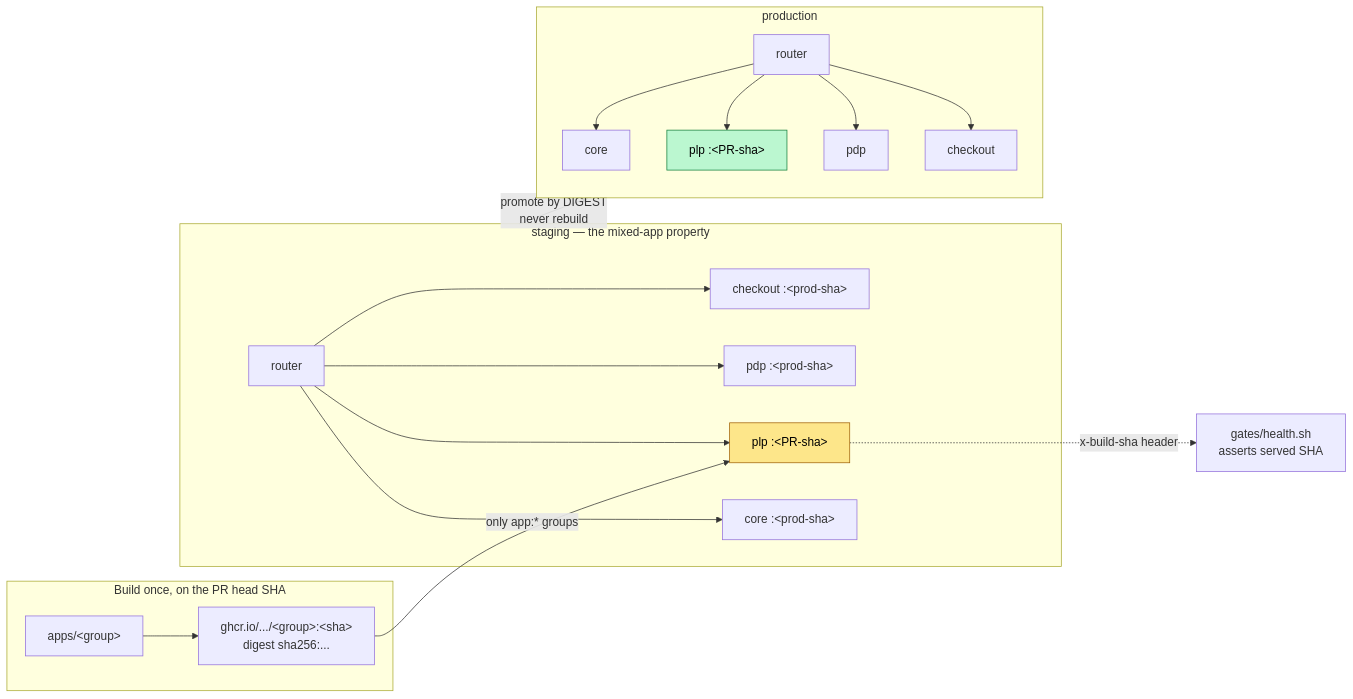
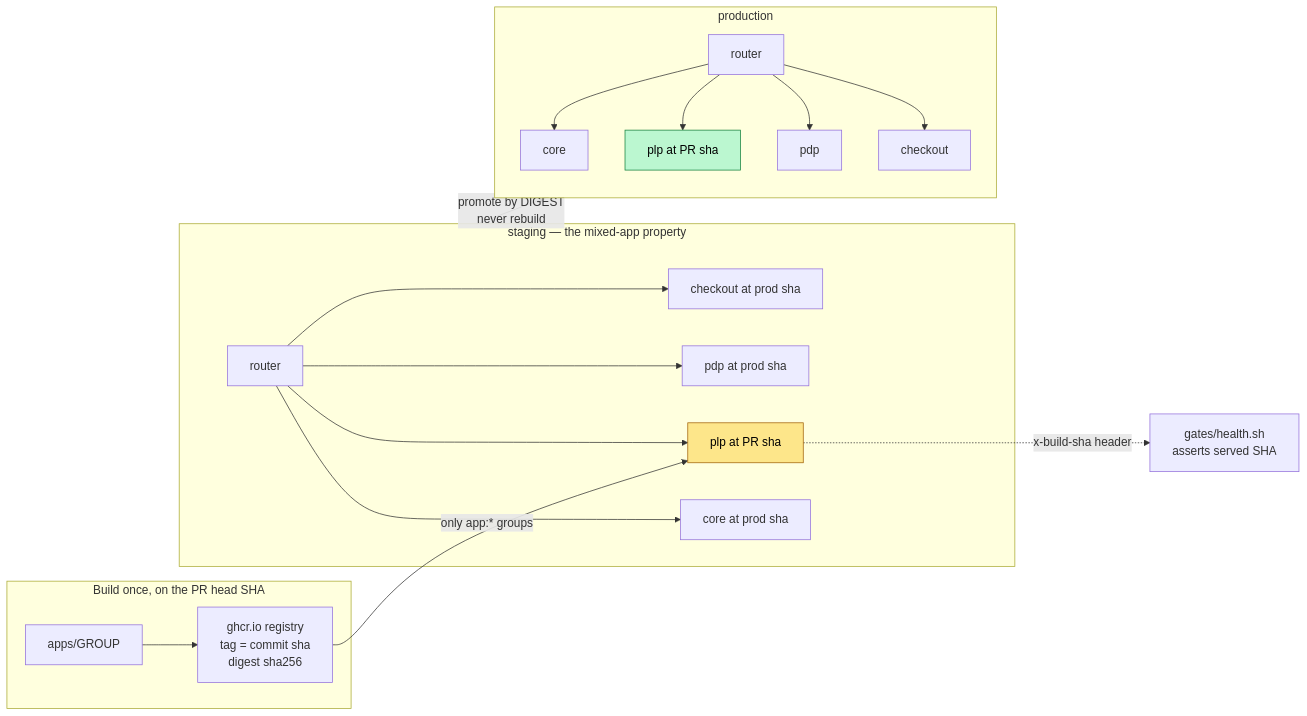
Before and after one commit to aygp-dr/standard-change: the fifth of 6 diagrams in README.org, drawn with Mermaid. The commit also changed other lines of this file and 2 other files, not shown here.

```diff
--- a/README.org
+++ b/README.org
@@ -107,27 +173,27 @@
 #+begin_src mermaid :eval never-export
 flowchart LR
     subgraph build["Build once, on the PR head SHA"]
-        SRC["apps/&lt;group&gt;"] --> IMG["ghcr.io/.../&lt;group&gt;:&lt;sha&gt;<br/>digest sha256:..."]
+        SRC["apps/GROUP"] --> IMG["ghcr.io registry<br/>tag = commit sha<br/>digest sha256"]
     end
 
     subgraph stagingenv["staging — the mixed-app property"]
-        R1["router"] --> C1["core :&lt;prod-sha&gt;"]
-        R1 --> C2["plp :&lt;PR-sha&gt;"]
-        R1 --> C3["pdp :&lt;prod-sha&gt;"]
-        R1 --> C4["checkout :&lt;prod-sha&gt;"]
+        R1["router"] --> C1["core at prod sha"]
+        R1 --> C2["plp at PR sha"]
+        R1 --> C3["pdp at prod sha"]
+        R1 --> C4["checkout at prod sha"]
     end
 
     subgraph prodenv["production"]
         R2["router"] --> D1["core"] 
-        R2 --> D2["plp :&lt;PR-sha&gt;"]
+        R2 --> D2["plp at PR sha"]
         R2 --> D3["pdp"]
         R2 --> D4["checkout"]
     end
 
     IMG -->|"only app:* groups"| C2
     stagingenv -->|"promote by DIGEST<br/>never rebuild"| prodenv
     C2 -.->|"x-build-sha header"| HC["gates/health.sh<br/>asserts served SHA"]
 
     style C2 fill:#fde68a,stroke:#a16207,color:#000
     style D2 fill:#bbf7d0,stroke:#15803d,color:#000
 #+end_src
```
